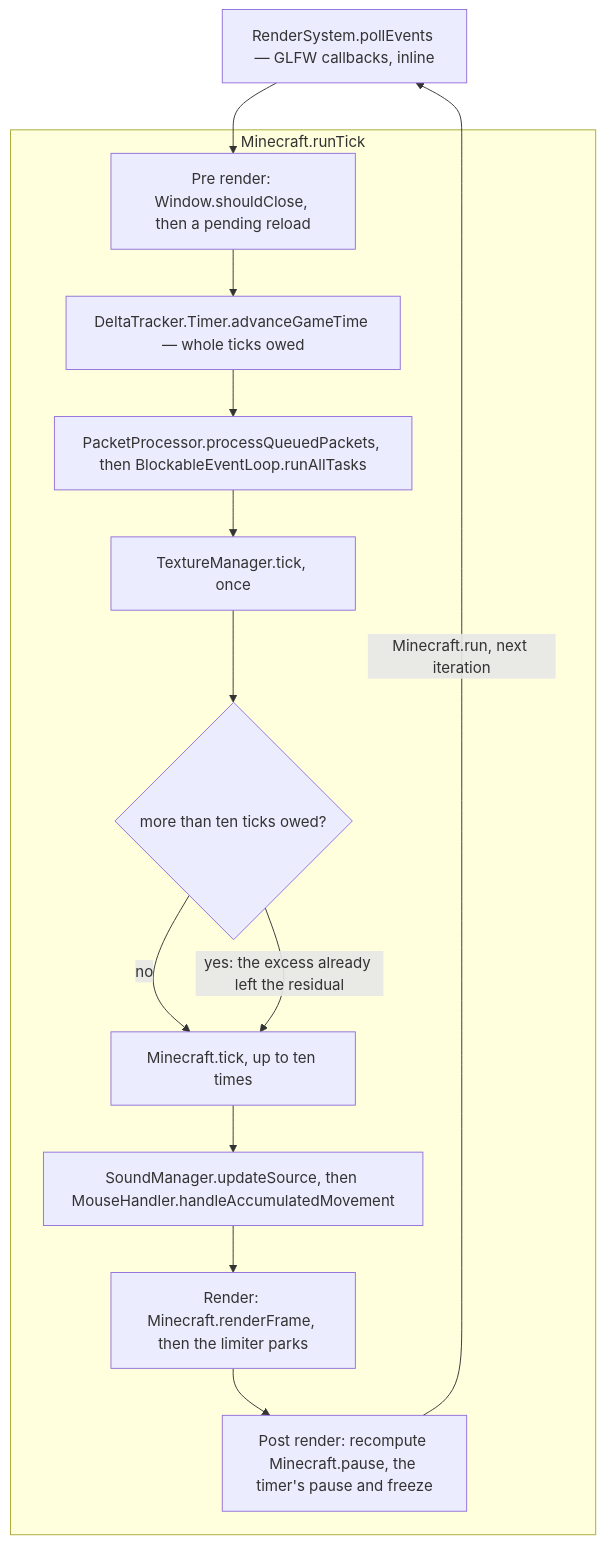
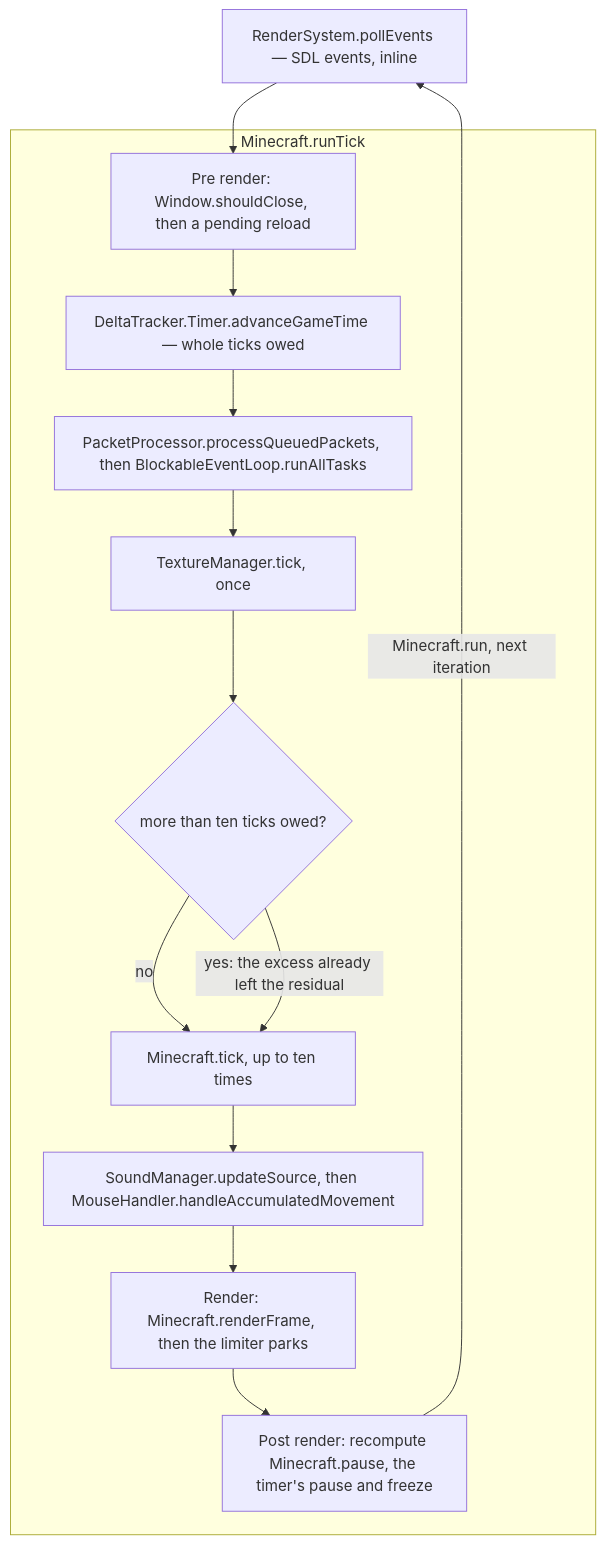
The diagram in src/systems/client/the-client-loop.md (AlexanderjFraser/MinecraftDocs), drawn with Mermaid before and after one commit. The commit also changed other lines of this file and 68 other files, not shown here.

````diff
--- a/src/systems/client/the-client-loop.md
+++ b/src/systems/client/the-client-loop.md
@@ -53,21 +53,21 @@
 ```mermaid
 flowchart TD
-    POLL["RenderSystem.pollEvents — GLFW callbacks, inline"]
+    POLL["RenderSystem.pollEvents — SDL events, inline"]
     subgraph RT["Minecraft.runTick"]
         PRE["Pre render: Window.shouldClose, then a pending reload"]
         ASK["DeltaTracker.Timer.advanceGameTime — whole ticks owed"]
         DRAIN["PacketProcessor.processQueuedPackets, then BlockableEventLoop.runAllTasks"]
         TEX["TextureManager.tick, once"]
         CLAMP{"more than ten ticks owed?"}
         TICK["Minecraft.tick, up to ten times"]
         PREFRAME["SoundManager.updateSource, then MouseHandler.handleAccumulatedMovement"]
         FRAME["Render: Minecraft.renderFrame, then the limiter parks"]
         POST["Post render: recompute Minecraft.pause, the timer's pause and freeze"]
         PRE --> ASK --> DRAIN --> TEX --> CLAMP
         CLAMP -- "no" --> TICK
         CLAMP -- "yes: the excess already left the residual" --> TICK
         TICK --> PREFRAME --> FRAME --> POST
     end
     POLL --> PRE
     POST -- "Minecraft.run, next iteration" --> POLL
 ```
````
